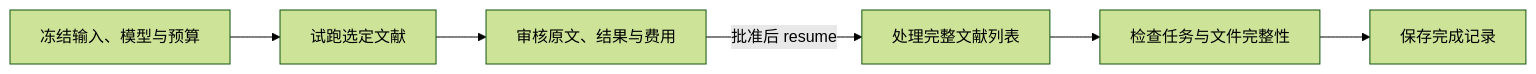
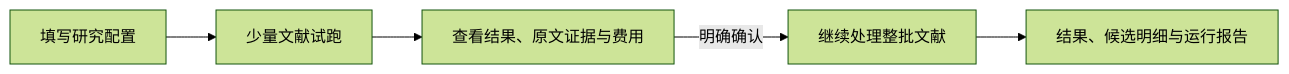
The second of 2 diagrams in README.zh-CN.md (Voss-zeji/LUMINA), drawn with Mermaid (forest theme) before and after one commit. The commit also changed other lines of this file and 35 other files, not shown here.

Commit message:
feat: configure research studies and simplify trial-to-batch workflow

````diff
--- a/README.zh-CN.md
+++ b/README.zh-CN.md
@@ -96,8 +85,7 @@
 ```mermaid
 flowchart LR
-    Plan["冻结输入、模型与预算"] --> Trial["试跑选定文献"]
-    Trial --> Approval["审核原文、结果与费用"]
-    Approval -->|"批准后 resume"| Batch["处理完整文献列表"]
-    Batch --> QC["检查任务与文件完整性"]
-    QC --> Done["保存完成记录"]
+    Config["填写研究配置"] --> Trial["少量文献试跑"]
+    Trial --> Review["查看结果、原文证据与费用"]
+    Review -->|"明确确认"| Batch["继续处理整批文献"]
+    Batch --> Output["结果、候选明细与运行报告"]
 ```
````
